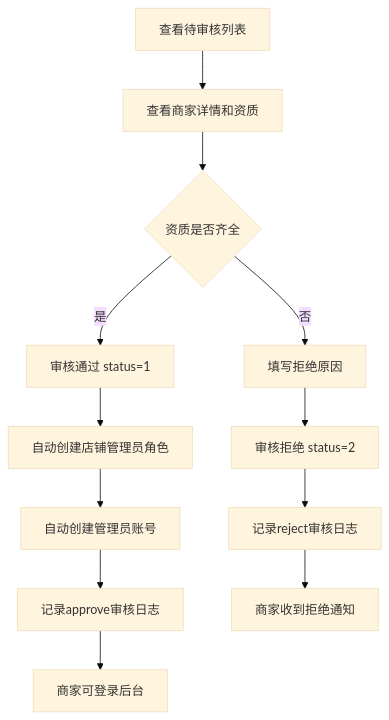
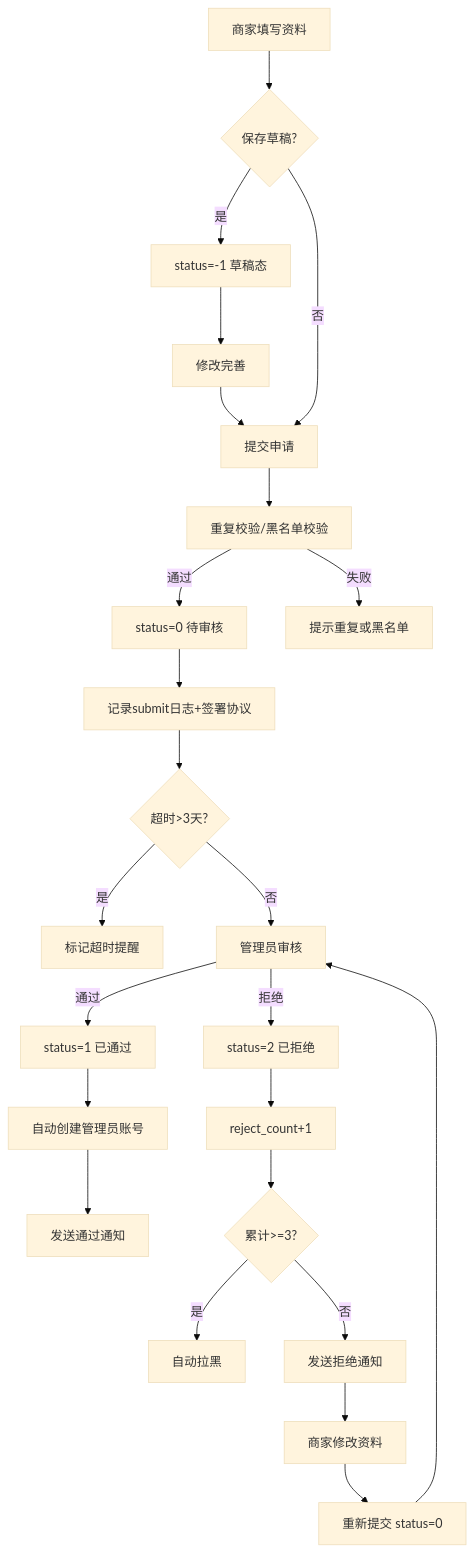
Before and after one commit to aliquanhou/tllos-mall: the diagram in backend/resources/docs/modules/merchant/audit.md, drawn with Mermaid (base theme). The commit also changed other lines of this file and 2 other files, not shown here.

Commit message:
feat: 入驻审核P0完整版-草稿/重复校验/黑名单/重新提交/通知/超时/拒绝模板/审核统计

````diff
--- a/backend/resources/docs/modules/merchant/audit.md
+++ b/backend/resources/docs/modules/merchant/audit.md
@@ -68,14 +138,26 @@
 ```mermaid
 flowchart TD
-    A[查看待审核列表] --> B[查看商家详情和资质]
-    B --> C{资质是否齐全}
-    C -->|是| D[审核通过 status=1]
-    C -->|否| E[填写拒绝原因]
-    E --> F[审核拒绝 status=2]
-    D --> G[自动创建店铺管理员角色]
-    G --> H[自动创建管理员账号]
-    H --> I[记录approve审核日志]
-    I --> J[商家可登录后台]
-    F --> K[记录reject审核日志]
-    K --> L[商家收到拒绝通知]
+    A[商家填写资料] --> B{保存草稿?}
+    B -->|是| C[status=-1 草稿态]
+    C --> D[修改完善]
+    D --> E[提交申请]
+    B -->|否| E
+    E --> F[重复校验/黑名单校验]
+    F -->|通过| G[status=0 待审核]
+    F -->|失败| E2[提示重复或黑名单]
+    G --> H[记录submit日志+签署协议]
+    H --> I{超时>3天?}
+    I -->|是| J[标记超时提醒]
+    I -->|否| K[管理员审核]
+    K -->|通过| L[status=1 已通过]
+    K -->|拒绝| M[status=2 已拒绝]
+    L --> N[自动创建管理员账号]
+    N --> O[发送通过通知]
+    M --> P[reject_count+1]
+    P --> Q{累计>=3?}
+    Q -->|是| R[自动拉黑]
+    Q -->|否| S[发送拒绝通知]
+    S --> T[商家修改资料]
+    T --> U[重新提交 status=0]
+    U --> K
 ```
````
